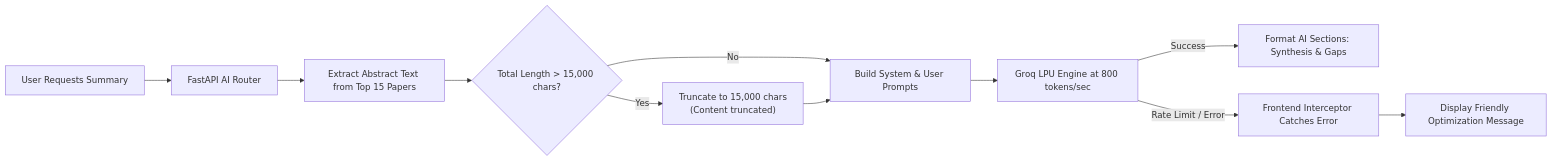
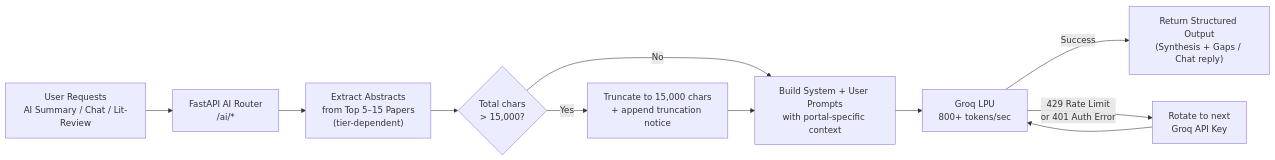
The fourth of 11 diagrams in SYSTEM_ARCHITECTURE_DEEP_DIVE.md (CodeWithPritom/ScholarHub-frontend), drawn with Mermaid before and after one commit. The commit also changed other lines of this file and 11 other files, not shown here.

````diff
--- a/SYSTEM_ARCHITECTURE_DEEP_DIVE.md
+++ b/SYSTEM_ARCHITECTURE_DEEP_DIVE.md
@@ -114,13 +168,13 @@
 ```mermaid
 flowchart LR
-    Frontend["User Requests Summary"] --> Backend["FastAPI AI Router"]
-    Backend --> Extractor["Extract Abstract Text from Top 15 Papers"]
-    Extractor --> CharLimit{"Total Length > 15,000 chars?"}
-    CharLimit -- Yes --> Truncate["Truncate to 15,000 chars<br>(Content truncated)"]
-    CharLimit -- No --> BuildPrompt["Build System & User Prompts"]
-    Truncate --> BuildPrompt
-    BuildPrompt --> Groq["Groq LPU Engine at 800 tokens/sec"]
-    Groq -- Success --> Response["Format AI Sections: Synthesis & Gaps"]
-    Groq -- Rate Limit / Error --> Intercept["Frontend Interceptor Catches Error"]
-    Intercept --> UIMessage["Display Friendly Optimization Message"]
+    Input["User Requests\nAI Summary / Chat / Lit-Review"] --> Router["FastAPI AI Router\n/ai/*"]
+    Router --> Extract["Extract Abstracts\nfrom Top 5–15 Papers\n(tier-dependent)"]
+    Extract --> Check{"Total chars\n> 15,000?"}
+    Check -- "Yes" --> Truncate["Truncate to 15,000 chars\n+ append truncation notice"]
+    Check -- "No" --> Prompt
+    Truncate --> Prompt["Build System + User Prompts\nwith portal-specific context"]
+    Prompt --> Groq["Groq LPU\n800+ tokens/sec"]
+    Groq -- "Success" --> Output["Return Structured Output\n(Synthesis + Gaps / Chat reply)"]
+    Groq -- "429 Rate Limit\nor 401 Auth Error" --> Rotate["Rotate to next\nGroq API Key"]
+    Rotate --> Groq
 ```
````
